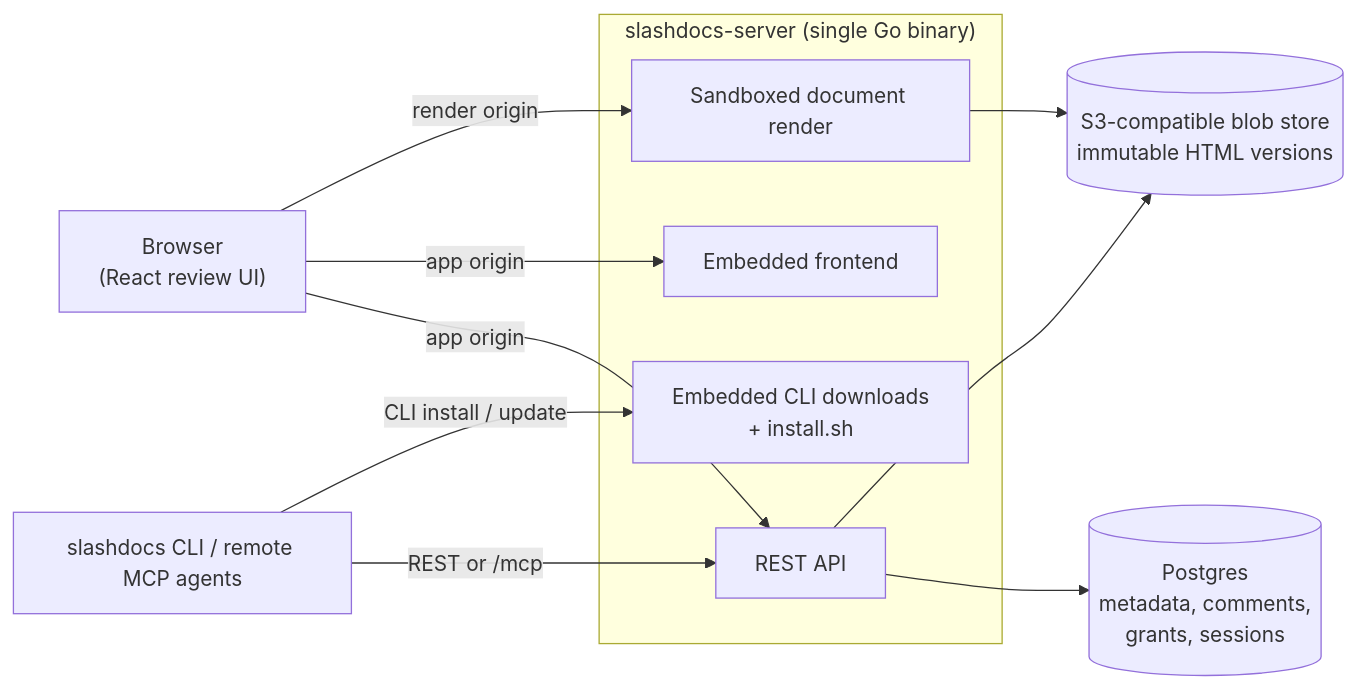
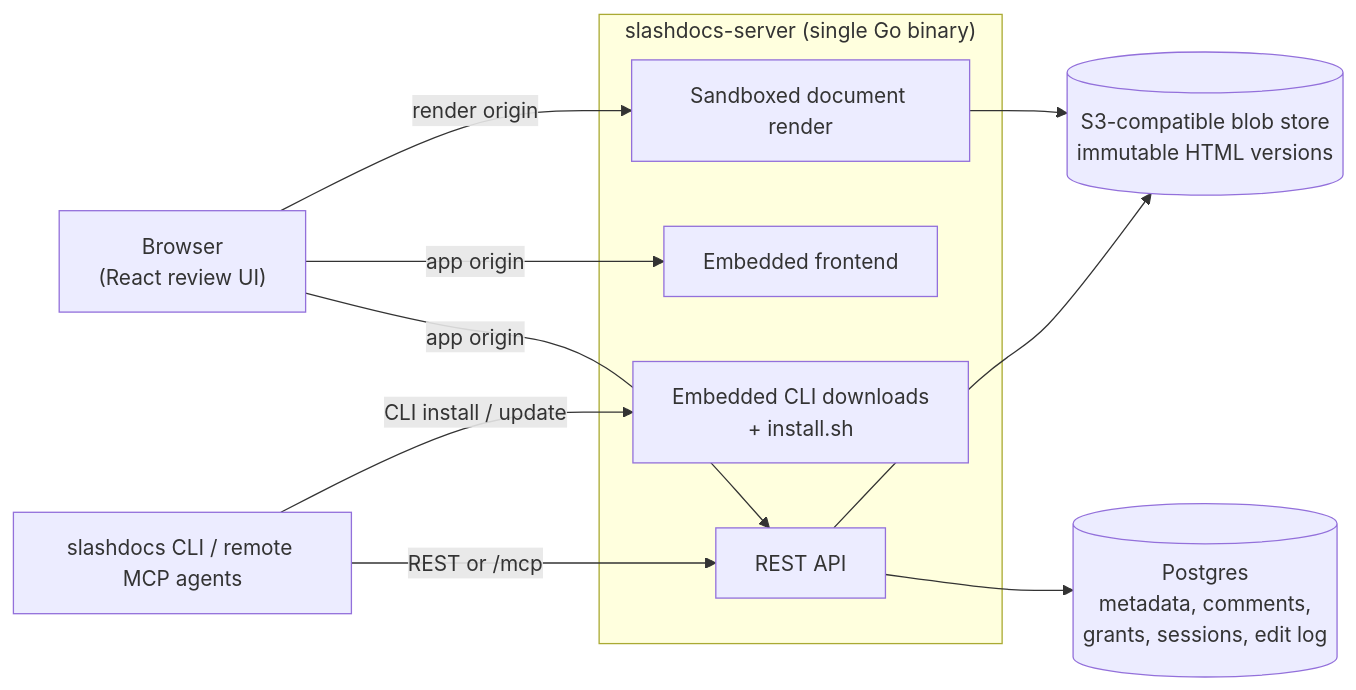
One commit to razorpay/slashdocs changed the diagram in README.md. Above: the diagram before and after it, drawn with Mermaid. The commit also changed other lines of this file and 10 other files, not shown here.

````diff
--- a/README.md
+++ b/README.md
@@ -217,24 +224,24 @@
 ```mermaid
 flowchart LR
     browser["Browser<br/>(React review UI)"]
     clients["slashdocs CLI / remote MCP agents"]
 
     subgraph server["slashdocs-server (single Go binary)"]
         api["REST API"]
         fe["Embedded frontend"]
         dl["Embedded CLI downloads<br/>+ install.sh"]
         render["Sandboxed document render"]
     end
 
-    pg[("Postgres<br/>metadata, comments,<br/>grants, sessions")]
+    pg[("Postgres<br/>metadata, comments,<br/>grants, sessions, edit log")]
     s3[("S3-compatible blob store<br/>immutable HTML versions")]
 
     browser -- "app origin" --> api
     browser -- "app origin" --> fe
     browser -- "render origin" --> render
     clients -- "REST or /mcp" --> api
     clients -- "CLI install / update" --> dl
     api --> pg
     api --> s3
     render --> s3
 ```
````
